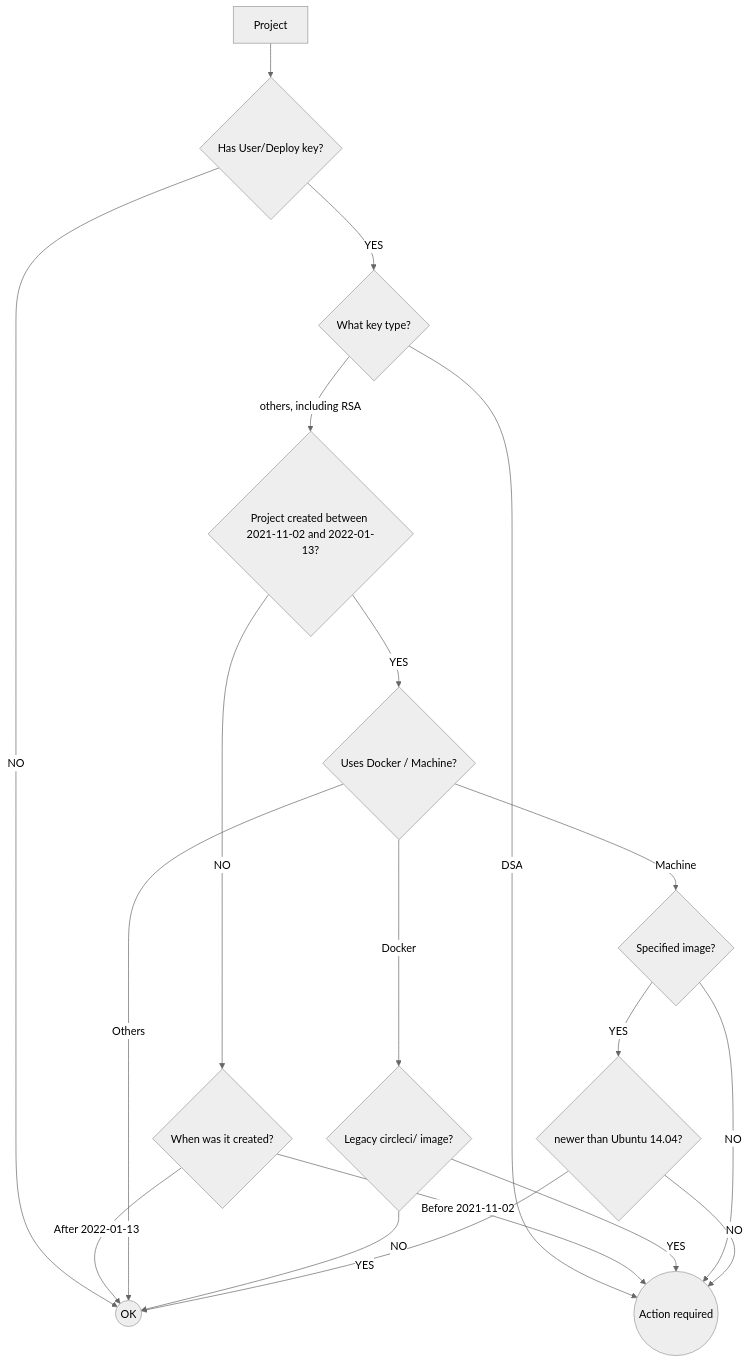
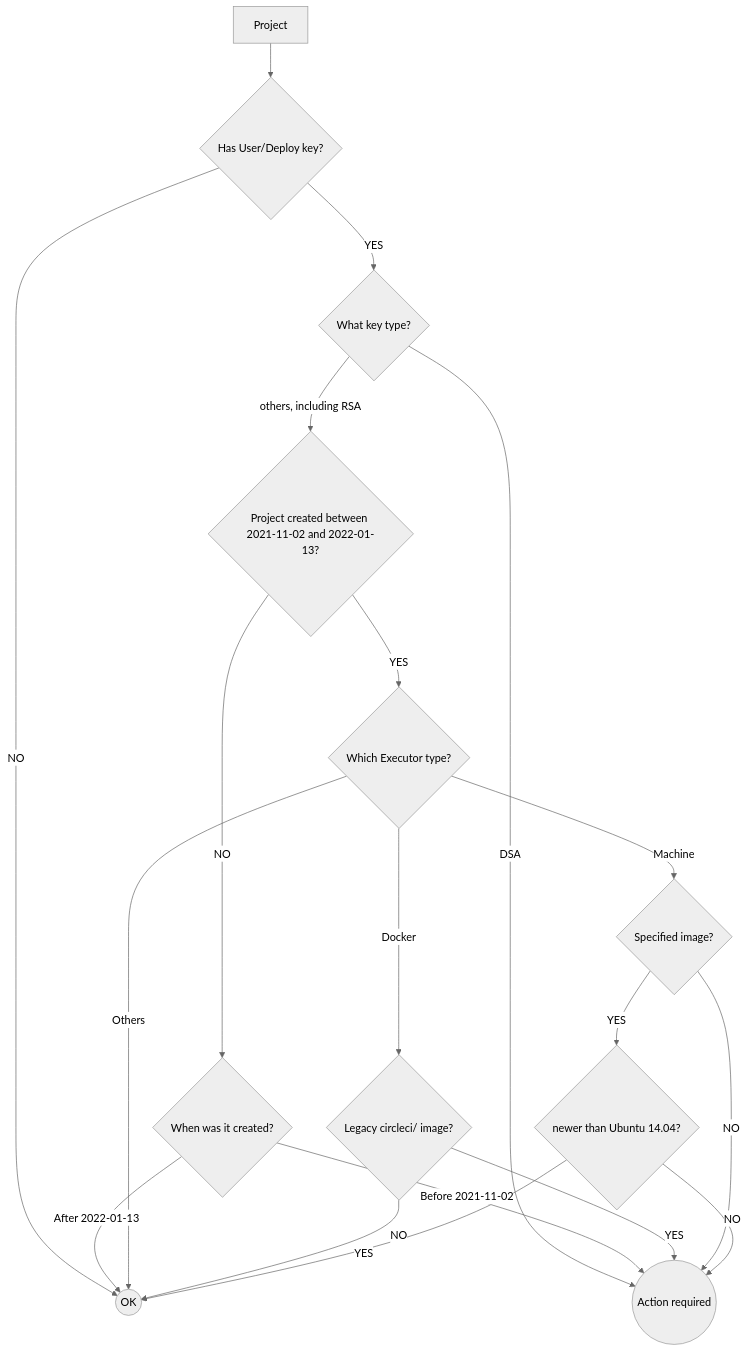
The diagram in README.md (kelvintaywl/github-ssh-key-deprecation-notes), drawn with Mermaid (neutral theme) before and after one commit.

````diff
--- a/README.md
+++ b/README.md
@@ -14,22 +14,22 @@
 ```mermaid
 
 flowchart TD
     project[Project] --> key_exists{Has User/Deploy key?}
     key_exists -- NO --> ok((OK))
     key_exists -- YES --> key_type{What key type?}
     key_type -- DSA --> action_required((Action required))
     key_type -- others, including RSA --> within_window{Project created between 2021-11-02 and 2022-01-13?}
     within_window -- NO --> when_created{When was it created?}
     when_created -- After 2022-01-13 --> ok
     when_created -- Before 2021-11-02 --> action_required
-    within_window -- YES --> executor_type{Uses Docker / Machine?}
+    within_window -- YES --> executor_type{Which Executor type?}
     executor_type -- Docker --> legacy_docker_img{Legacy circleci/ image?}
     executor_type -- Machine --> set_machine_img{Specified image?}
     executor_type -- Others --> ok
     legacy_docker_img -- YES --> action_required
     legacy_docker_img -- NO --> ok
     set_machine_img -- NO --> action_required
     set_machine_img -- YES --> newer_than_ubuntu14{newer than Ubuntu 14.04?}
     newer_than_ubuntu14 -- YES --> ok
     newer_than_ubuntu14 -- NO --> action_required
 ```
````
